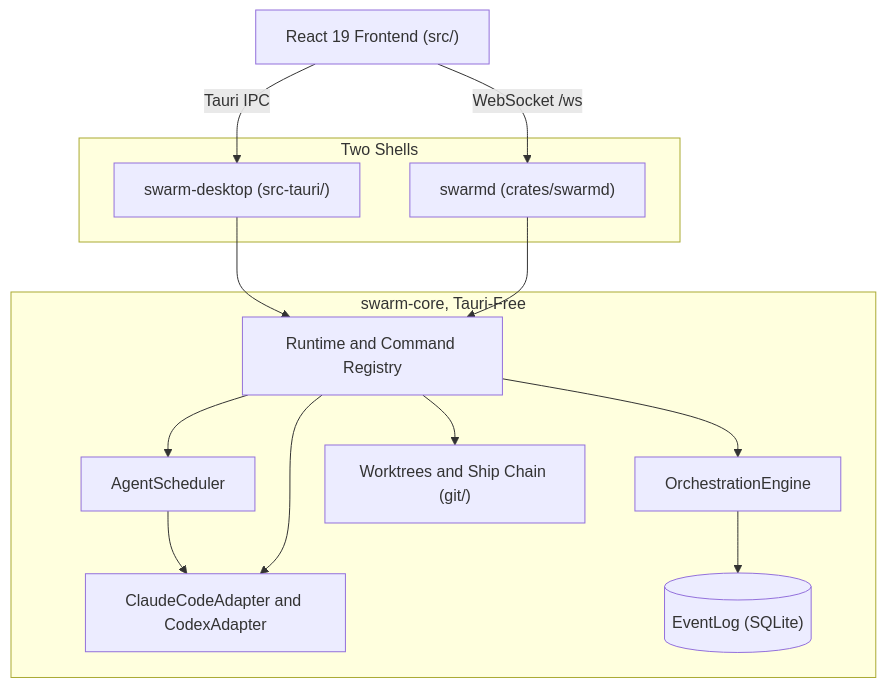
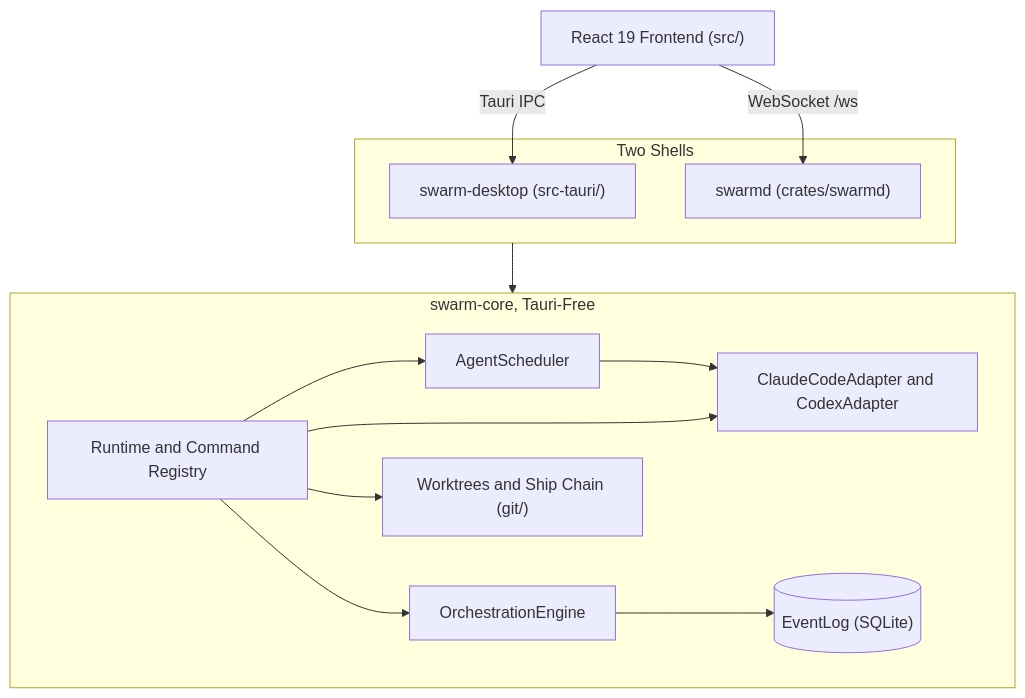
Before and after one commit to ABCrimson/Swarm: the diagram in README.md, drawn with Mermaid. The commit also changed other lines of this file, not shown here.

Commit message:
docs(readme): name v0.13.1 in the status note; join shells to core
The status note names v0.13.1 where it said "there", which after the
previous rewrite read as main. The Mermaid diagram joins the Two Shells
subgraph to swarm-core with one edge, so no edge crosses the core
subgraph title.

````diff
--- a/README.md
+++ b/README.md
@@ -82,26 +82,25 @@
 ```mermaid
 flowchart TB
     FE["React 19 Frontend (src/)"]
     subgraph shells["Two Shells"]
         DESK["swarm-desktop (src-tauri/)"]
         DAEMON["swarmd (crates/swarmd)"]
     end
     subgraph core["swarm-core, Tauri-Free"]
         RT["Runtime and Command Registry"]
         SCHED["AgentScheduler"]
         PROV["ClaudeCodeAdapter and CodexAdapter"]
         ENG["OrchestrationEngine"]
         LOG[("EventLog (SQLite)")]
         GIT["Worktrees and Ship Chain (git/)"]
     end
     FE -->|"Tauri IPC"| DESK
     FE -->|"WebSocket /ws"| DAEMON
-    DESK --> RT
-    DAEMON --> RT
+    shells --> core
     RT --> SCHED
     SCHED --> PROV
     RT --> PROV
     RT --> ENG
     ENG --> LOG
     RT --> GIT
 ```
````
